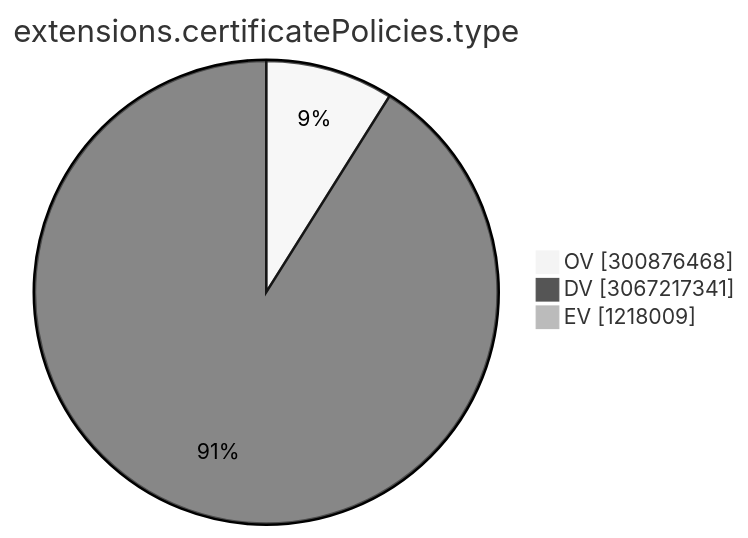
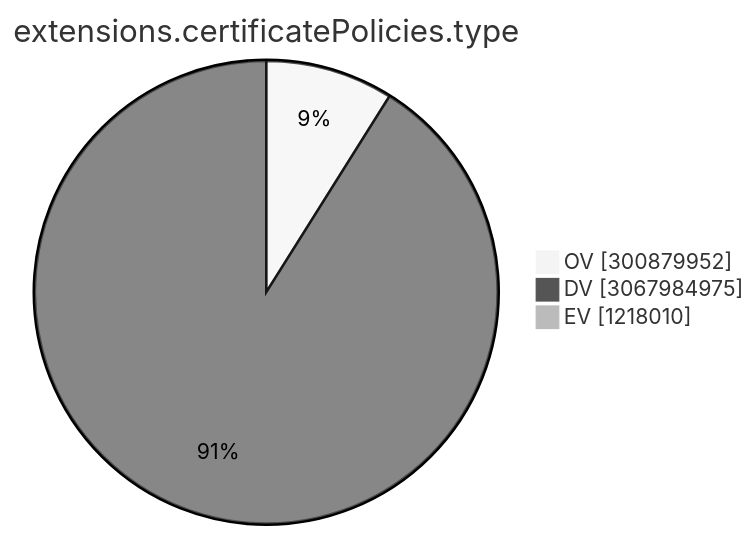
The ninth of 15 diagrams in TOTAL/README.md (christiankrug/ctmonitor_visualization), drawn with Mermaid (neutral theme) before and after one commit. The commit also changed other lines of this file, not shown here.

````diff
--- a/TOTAL/README.md
+++ b/TOTAL/README.md
@@ -3102,7 +3102,7 @@
 ```mermaid
 pie showData
 title extensions.certificatePolicies.type
-"OV" :300876468
-"DV" :3067217341
-"EV" :1218009
+"OV" :300879952
+"DV" :3067984975
+"EV" :1218010
 ```
````
